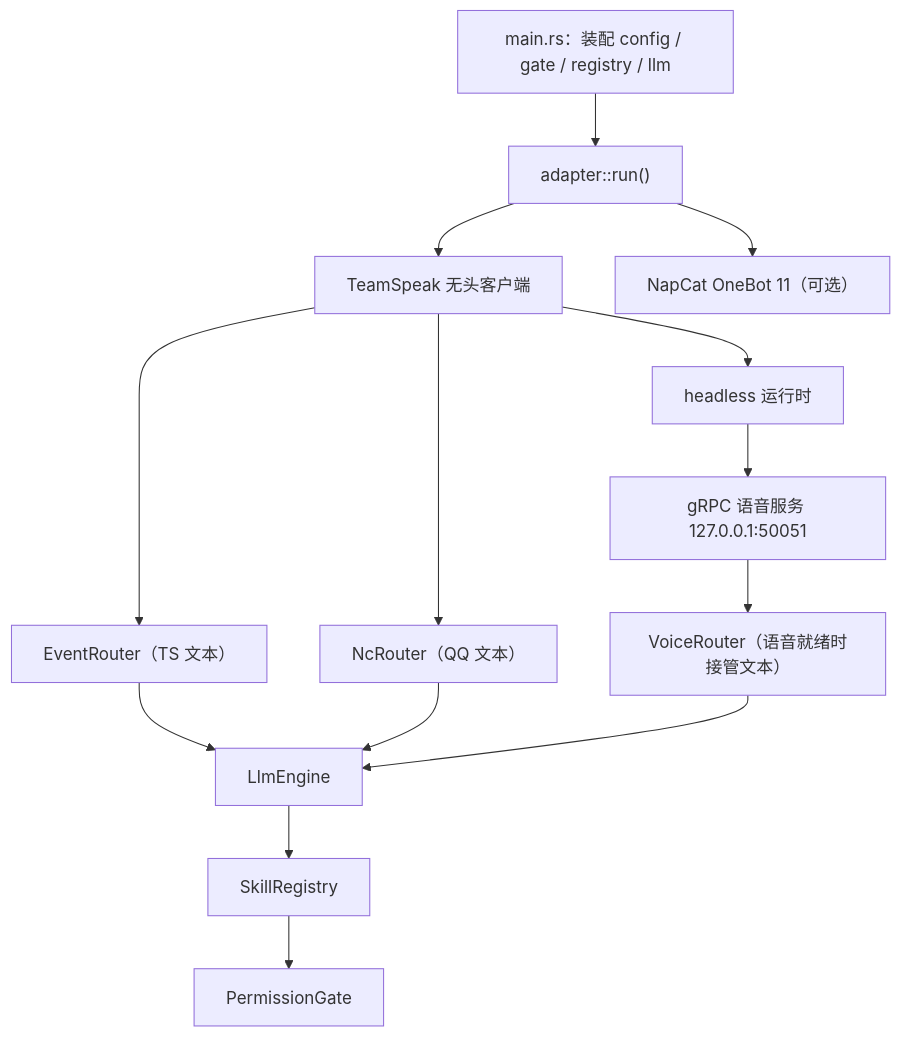
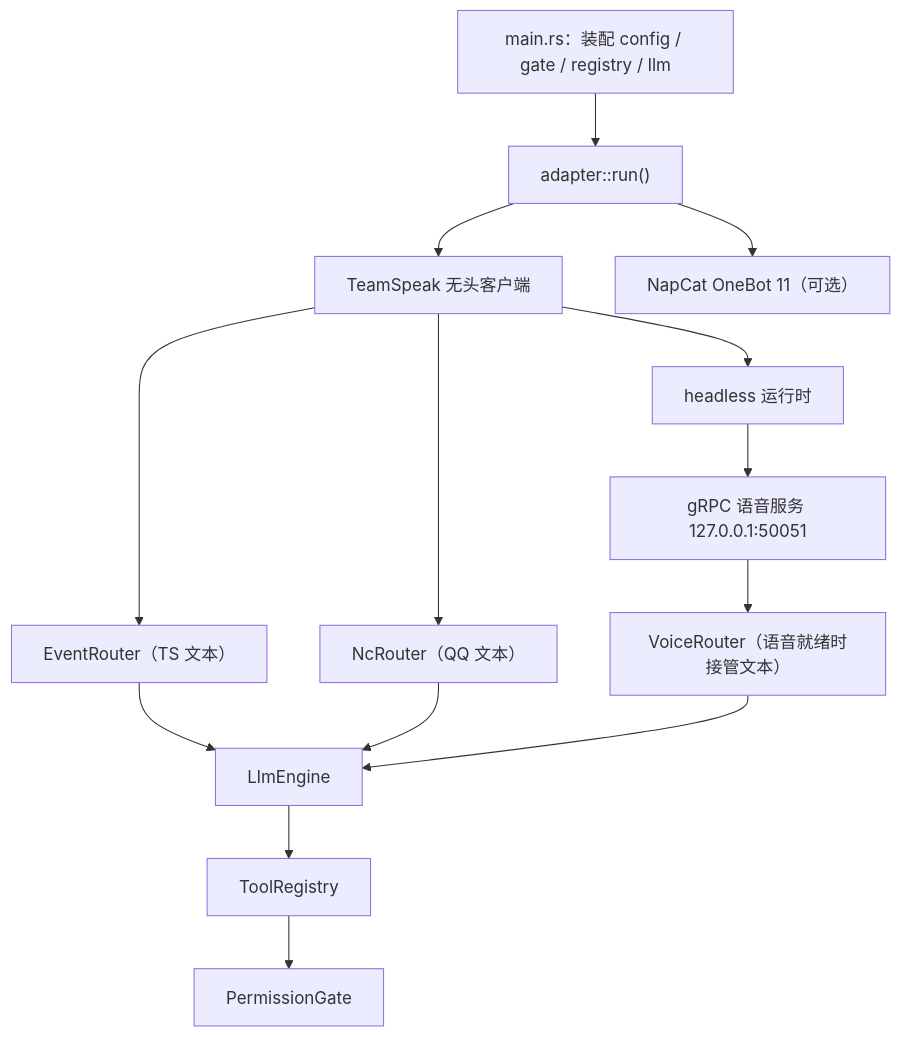
Before and after one commit to Dr1mH4X/TeamSpeakClaw: the diagram in docs/architecture.md, drawn with Mermaid. The commit also changed other lines of this file and 27 other files, not shown here.

First line of the commit message:
refactor(tools): rename the skill vocabulary to tool

````diff
--- a/docs/architecture.md
+++ b/docs/architecture.md
@@ -51,15 +51,15 @@
 ```mermaid
 flowchart TD
     main["main.rs：装配 config / gate / registry / llm"] --> adapt["adapter::run()"]
     adapt --> ts["TeamSpeak 无头客户端"]
     adapt --> nc["NapCat OneBot 11（可选）"]
     ts --> er["EventRouter（TS 文本）"]
     ts --> ncr["NcRouter（QQ 文本）"]
     ts --> hl["headless 运行时"]
     hl --> vs["gRPC 语音服务 127.0.0.1:50051"]
     vs --> vr["VoiceRouter（语音就绪时接管文本）"]
     er --> llm["LlmEngine"]
     ncr --> llm
     vr --> llm
-    llm --> skills["SkillRegistry"] --> gate["PermissionGate"]
+    llm --> tools["ToolRegistry"] --> gate["PermissionGate"]
 ```
````
